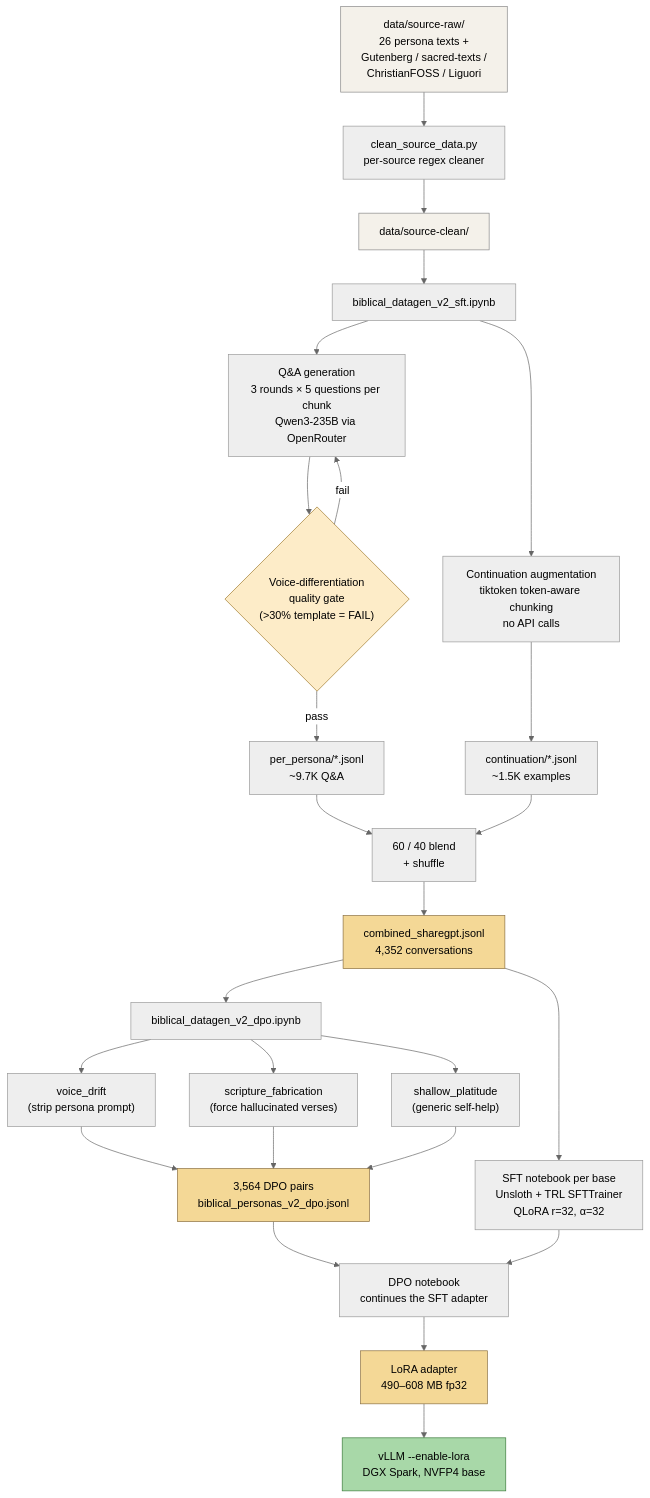
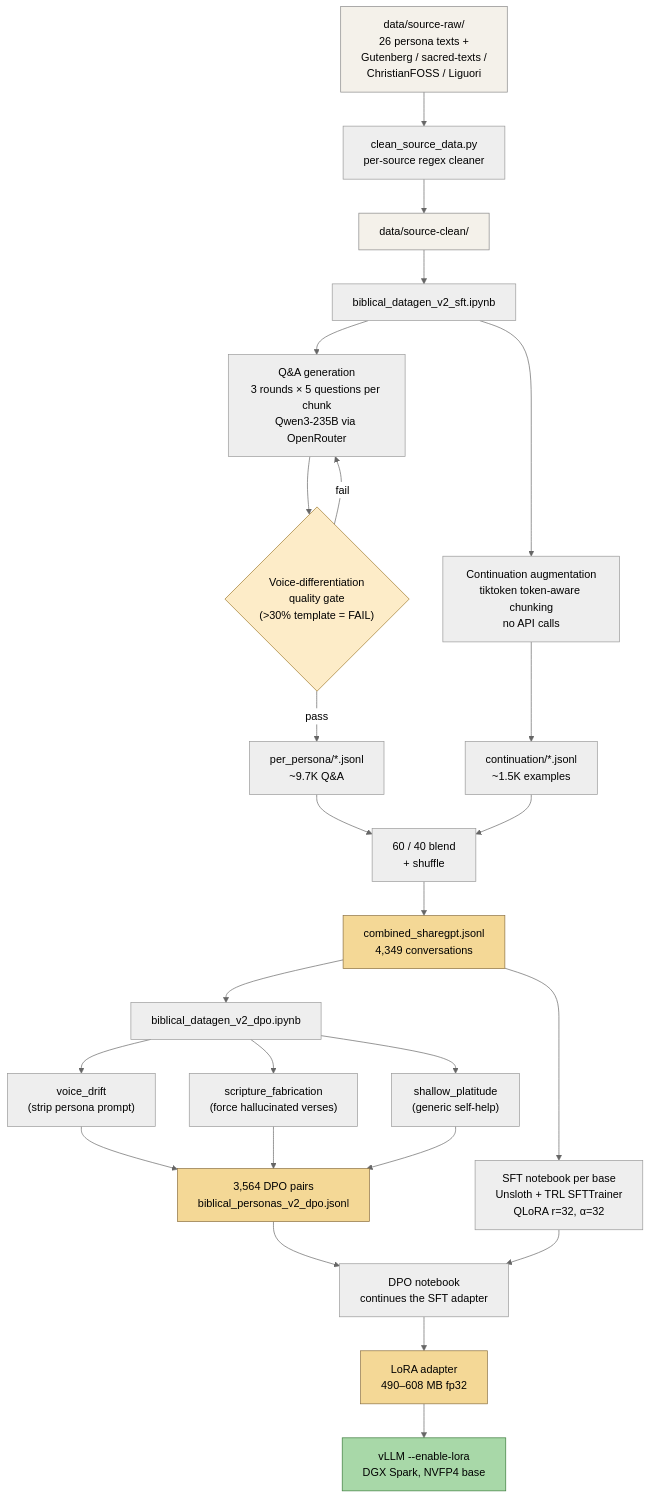
Before and after one commit to beaudamore/biblical: the second of 2 diagrams in README.md, drawn with Mermaid (neutral theme). The commit also changed other lines of this file and 65 other files, not shown here.

````diff
--- a/README.md
+++ b/README.md
@@ -341,41 +368,41 @@
 ```mermaid
 flowchart TD
     R["data/source-raw/<br/>26 persona texts +<br/>Gutenberg / sacred-texts /<br/>ChristianFOSS / Liguori"] --> C["clean_source_data.py<br/>per-source regex cleaner"]
     C --> S["data/source-clean/"]
 
     S --> SFT["biblical_datagen_v2_sft.ipynb"]
     SFT --> QA["Q&A generation<br/>3 rounds × 5 questions per chunk<br/>Qwen3-235B via OpenRouter"]
     QA --> QG{"Voice-differentiation<br/>quality gate<br/>(>30% template = FAIL)"}
     QG -- fail --> QA
     QG -- pass --> MQA["per_persona/*.jsonl<br/>~9.7K Q&A"]
 
     SFT --> CONT["Continuation augmentation<br/>tiktoken token-aware chunking<br/>no API calls"]
     CONT --> MCONT["continuation/*.jsonl<br/>~1.5K examples"]
 
     MQA --> BLEND["60 / 40 blend<br/>+ shuffle"]
     MCONT --> BLEND
-    BLEND --> COMBINED["combined_sharegpt.jsonl<br/>4,352 conversations"]
+    BLEND --> COMBINED["combined_sharegpt.jsonl<br/>4,349 conversations"]
 
     COMBINED --> DPO["biblical_datagen_v2_dpo.ipynb"]
     DPO --> R1["voice_drift<br/>(strip persona prompt)"]
     DPO --> R2["scripture_fabrication<br/>(force hallucinated verses)"]
     DPO --> R3["shallow_platitude<br/>(generic self-help)"]
     R1 --> DPOOUT["3,564 DPO pairs<br/>biblical_personas_v2_dpo.jsonl"]
     R2 --> DPOOUT
     R3 --> DPOOUT
 
     COMBINED --> TRAIN["SFT notebook per base<br/>Unsloth + TRL SFTTrainer<br/>QLoRA r=32, α=32"]
     DPOOUT --> DPOTRAIN["DPO notebook<br/>continues the SFT adapter"]
     TRAIN --> DPOTRAIN
     DPOTRAIN --> ADAPTERS["LoRA adapter<br/>490–608 MB fp32"]
     ADAPTERS --> DEPLOY["vLLM --enable-lora<br/>DGX Spark, NVFP4 base"]
 
     classDef src fill:#f4f1ea,stroke:#888;
     classDef gate fill:#fdecc8,stroke:#a07a2a;
     classDef out fill:#f4d896,stroke:#8a6f3f;
     classDef deploy fill:#a8d8a8,stroke:#3a7a3a;
     class R,S src
     class QG gate
     class ADAPTERS,DPOOUT,COMBINED out
     class DEPLOY deploy
 ```
````
